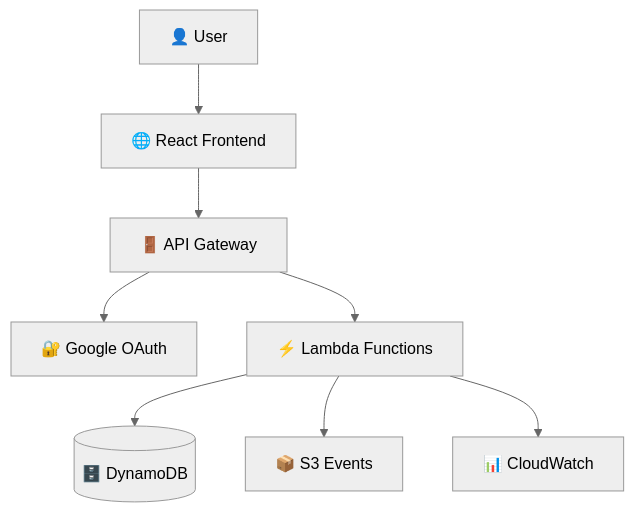
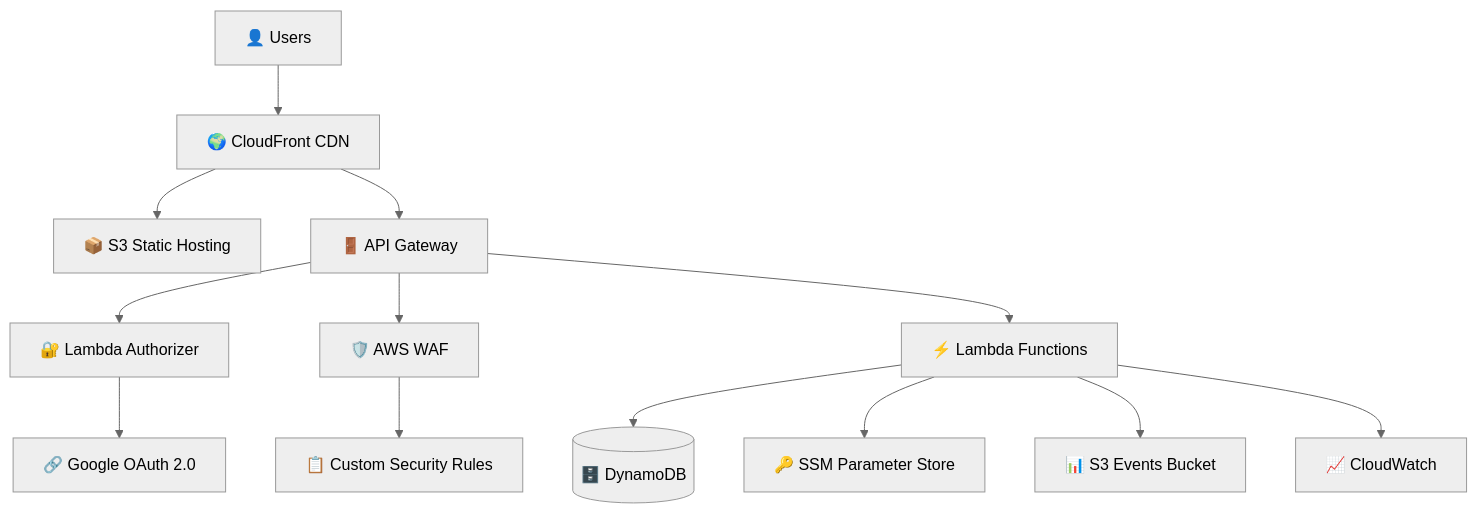
The diagram in README.md (ChuLiYu/chainy-backend), drawn with Mermaid (neutral theme) before and after one commit. The commit also changed other lines of this file and 1 other file, not shown here.

First line of the commit message:
feat: enhance AWS technical showcase for career advancement

````diff
--- a/README.md
+++ b/README.md
@@ -45,10 +73,18 @@
 ```mermaid
 graph TB
-    User[👤 User] --> Frontend[🌐 React Frontend]
-    Frontend --> API[🚪 API Gateway]
-    API --> Auth[🔐 Google OAuth]
+    User[👤 Users] --> CF[🌍 CloudFront CDN]
+    CF --> S3[📦 S3 Static Hosting]
+    CF --> API[🚪 API Gateway]
+    
+    API --> Auth[🔐 Lambda Authorizer]
+    API --> WAF[🛡️ AWS WAF]
     API --> Lambda[⚡ Lambda Functions]
+    
     Lambda --> DB[(🗄️ DynamoDB)]
-    Lambda --> S3[📦 S3 Events]
-    Lambda --> CW[📊 CloudWatch]
+    Lambda --> SSM[🔑 SSM Parameter Store]
+    Lambda --> S3Events[📊 S3 Events Bucket]
+    Lambda --> CW[📈 CloudWatch]
+    
+    Auth --> Google[🔗 Google OAuth 2.0]
+    WAF --> Rules[📋 Custom Security Rules]
 ```
````
